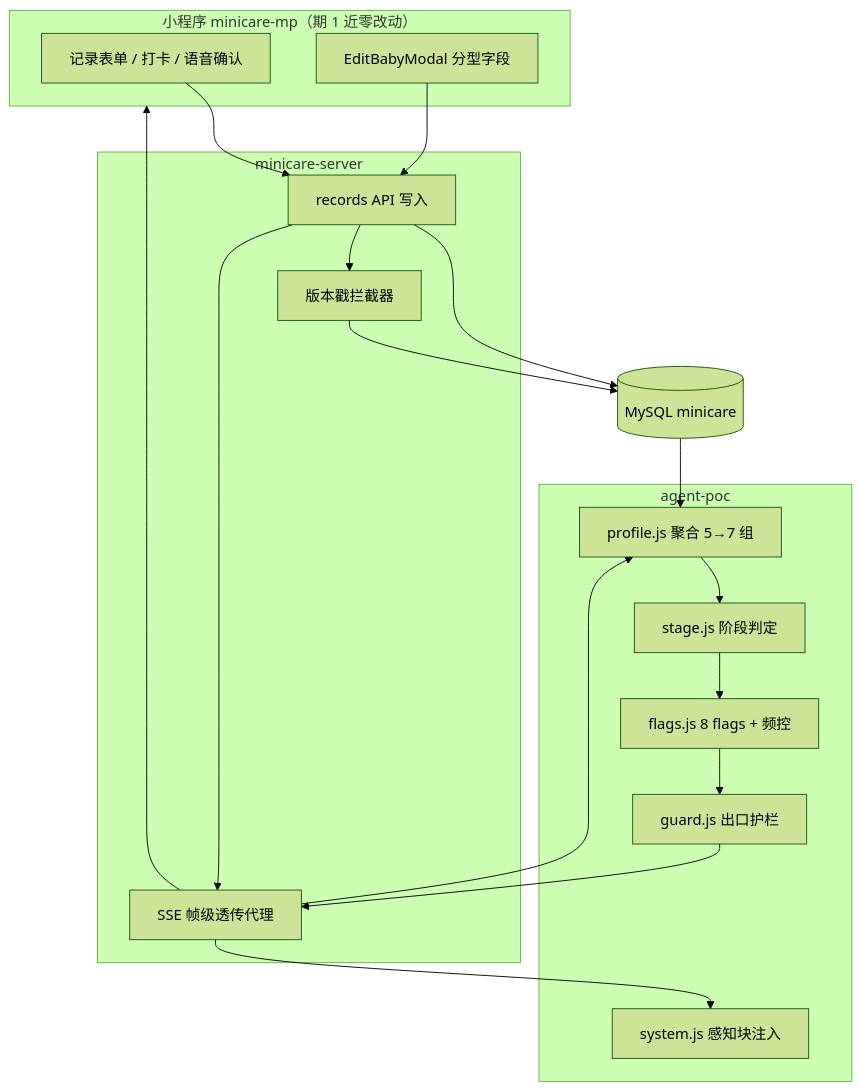
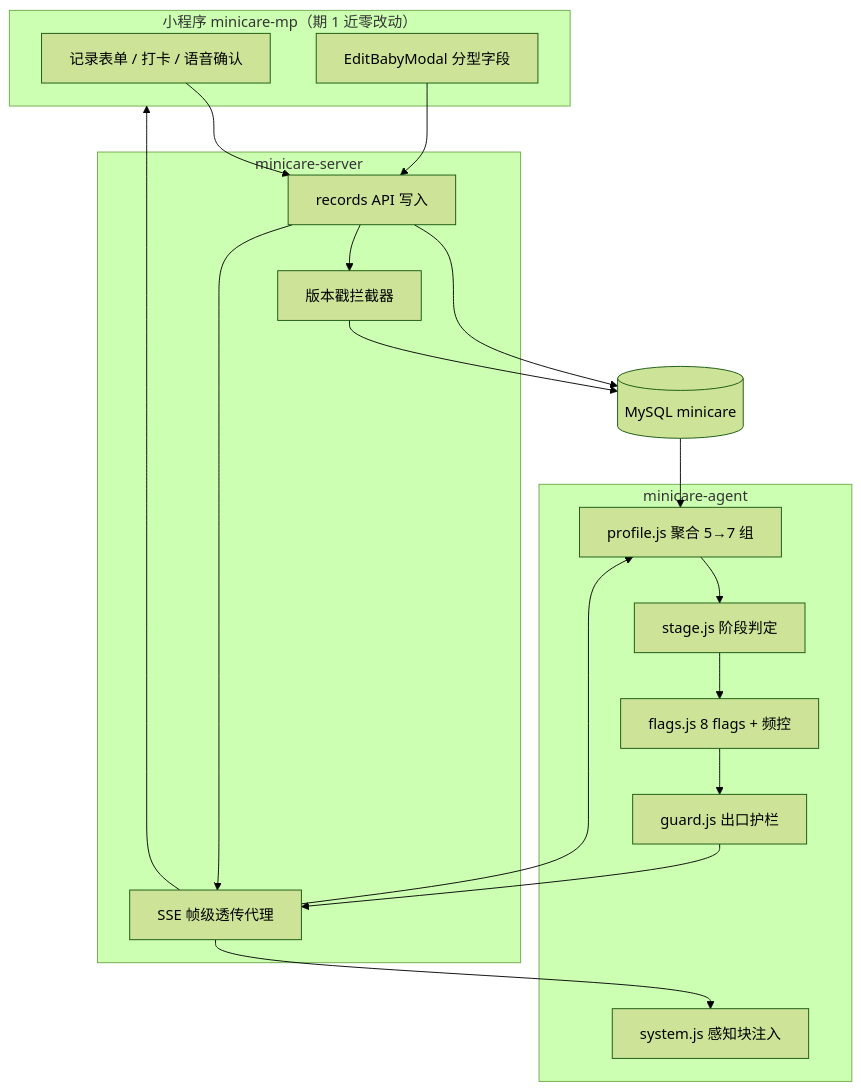
One commit to BingBlog/minicare changed the first of 4 diagrams in docs/tech/TECH-013-state-awareness-implementation.md. Above: the diagram before and after it, drawn with Mermaid (forest theme). The commit also changed other lines of this file and 187 other files, not shown here.

First line of the commit message:
chore(agent): agent-poc 更名为 minicare-agent（目录改名 + 全仓引用同步）

````diff
--- a/docs/tech/TECH-013-state-awareness-implementation.md
+++ b/docs/tech/TECH-013-state-awareness-implementation.md
@@ -25,28 +25,28 @@
 ```mermaid
 flowchart TB
   subgraph MP["小程序 minicare-mp（期 1 近零改动）"]
     F1["记录表单 / 打卡 / 语音确认"]
     F2["EditBabyModal 分型字段"]
   end
   subgraph SRV["minicare-server"]
     S1["records API 写入"]
     S2["版本戳拦截器"]
     S3["SSE 帧级透传代理"]
   end
-  subgraph AG["agent-poc"]
+  subgraph AG["minicare-agent"]
     A1["profile.js 聚合 5→7 组"]
     A2["stage.js 阶段判定"]
     A3["flags.js 8 flags + 频控"]
     A4["guard.js 出口护栏"]
     A5["system.js 感知块注入"]
   end
   DB[("MySQL minicare")]
   F1 --> S1 --> DB
   S1 --> S2 --> DB
   S3 --> A1
   S1 --> S3 --> A5
   A1 --> A2 --> A3 --> A4
   DB --> A1
   A4 --> S3 --> MP
   F2 --> S1
 ```
````
